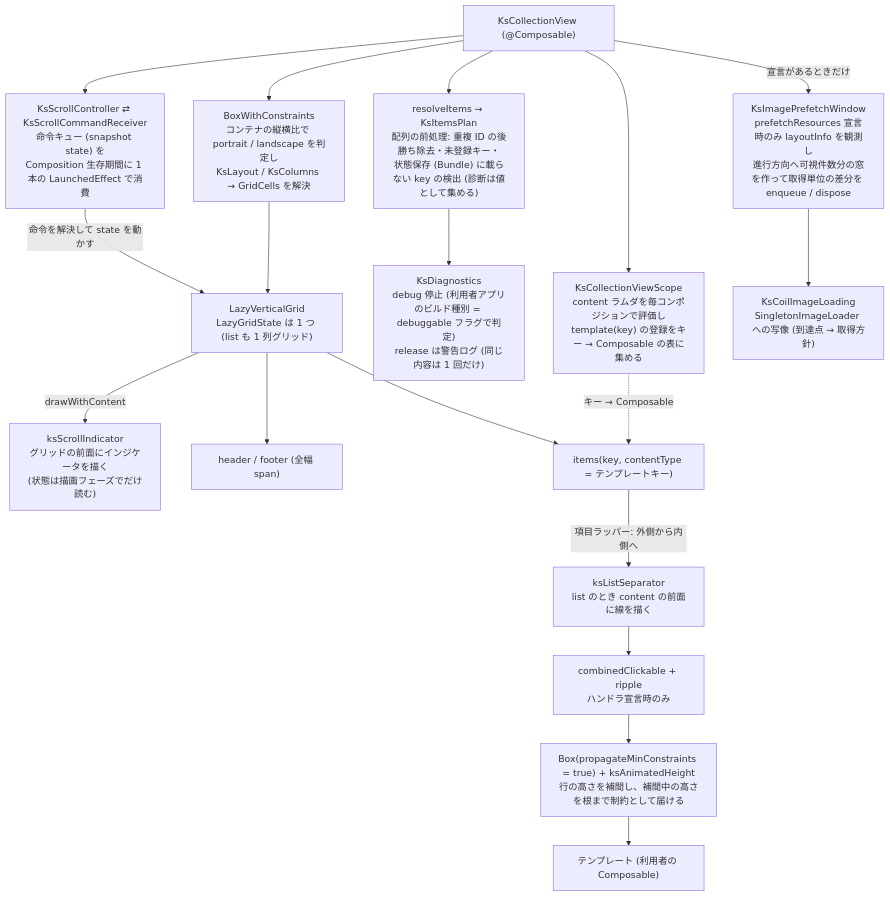
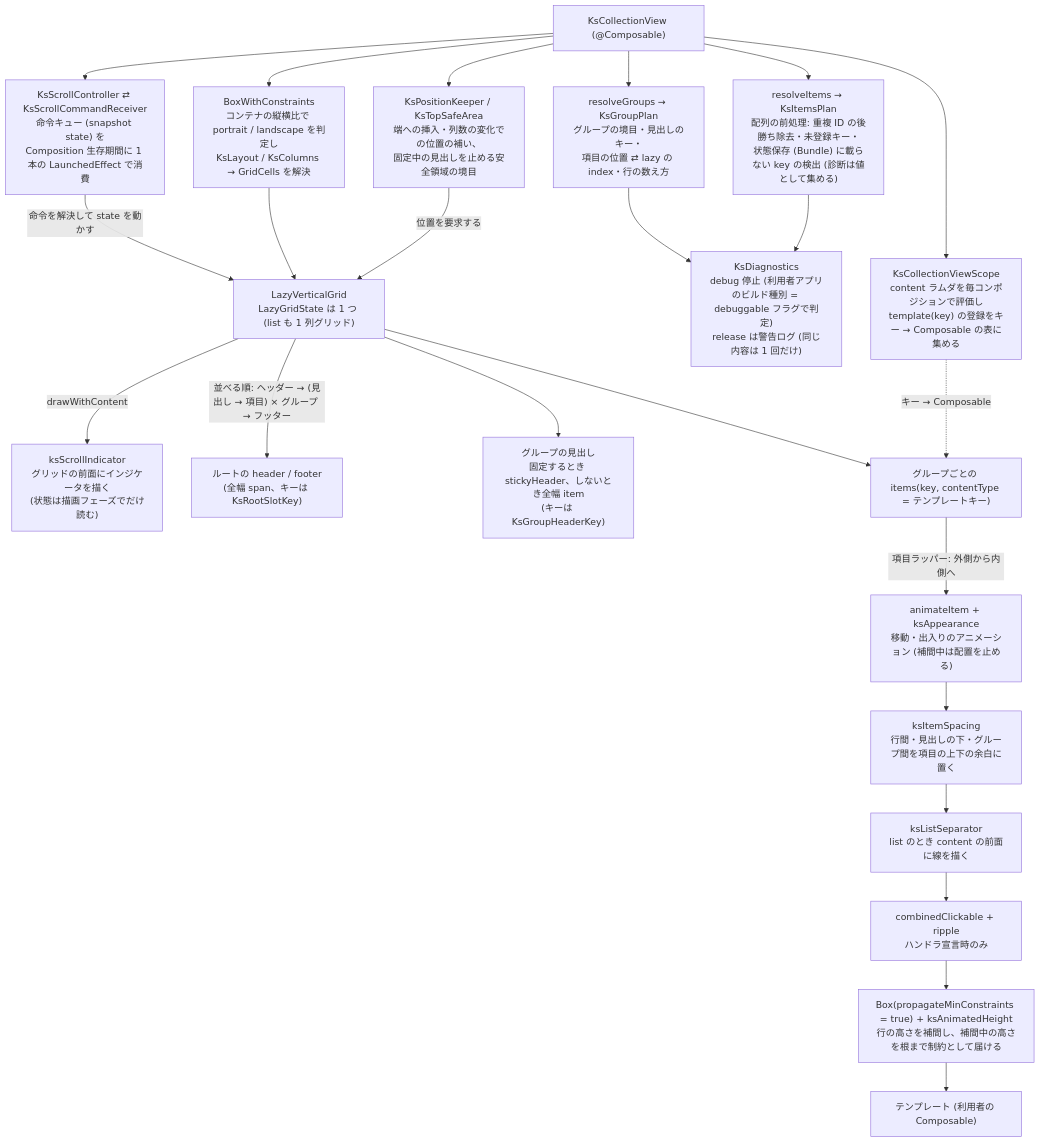
One commit to kamusoft/KsCollectionView changed the diagram in kasane/concepts/android/architecture/compose-wrapper.md. Above: the diagram before and after it, drawn with Mermaid. The commit also changed other lines of this file and 82 other files, not shown here.

````diff
--- a/kasane/concepts/android/architecture/compose-wrapper.md
+++ b/kasane/concepts/android/architecture/compose-wrapper.md
@@ -19,30 +19,35 @@
 ```mermaid
 flowchart TD
     KCV["KsCollectionView (@Composable)"]
     SCOPE["KsCollectionViewScope<br/>content ラムダを毎コンポジションで評価し<br/>template(key) の登録をキー → Composable の表に集める"]
     PLAN["resolveItems → KsItemsPlan<br/>配列の前処理: 重複 ID の後勝ち除去・未登録キー・<br/>状態保存 (Bundle) に載らない key の検出 (診断は値として集める)"]
+    GPLAN["resolveGroups → KsGroupPlan<br/>グループの境目・見出しのキー・<br/>項目の位置 ⇄ lazy の index・行の数え方"]
+    KEEP["KsPositionKeeper / KsTopSafeArea<br/>端への挿入・列数の変化での位置の補い、<br/>固定中の見出しを止める安全領域の境目"]
     DIAG["KsDiagnostics<br/>debug 停止 (利用者アプリのビルド種別 = debuggable フラグで判定)<br/>release は警告ログ (同じ内容は 1 回だけ)"]
     BWC["BoxWithConstraints<br/>コンテナの縦横比で portrait / landscape を判定し<br/>KsLayout / KsColumns → GridCells を解決"]
     CTRL["KsScrollController ⇄ KsScrollCommandReceiver<br/>命令キュー (snapshot state) を<br/>Composition 生存期間に 1 本の LaunchedEffect で消費"]
     GRID["LazyVerticalGrid<br/>LazyGridState は 1 つ (list も 1 列グリッド)"]
     IND["ksScrollIndicator<br/>グリッドの前面にインジケータを描く<br/>(状態は描画フェーズでだけ読む)"]
-    HF["header / footer (全幅 span)"]
-    ITEMS["items(key, contentType = テンプレートキー)"]
+    ROOT["ルートの header / footer<br/>(全幅 span、キーは KsRootSlotKey)"]
+    GHDR["グループの見出し<br/>固定するとき stickyHeader、しないとき全幅 item<br/>(キーは KsGroupHeaderKey)"]
+    ITEMS["グループごとの items(key, contentType = テンプレートキー)"]
+    ANIM["animateItem + ksAppearance<br/>移動・出入りのアニメーション (補間中は配置を止める)"]
+    SPACE["ksItemSpacing<br/>行間・見出しの下・グループ間を項目の上下の余白に置く"]
     SEP["ksListSeparator<br/>list のとき content の前面に線を描く"]
     TAP["combinedClickable + ripple<br/>ハンドラ宣言時のみ"]
     BOX["Box(propagateMinConstraints = true) + ksAnimatedHeight<br/>行の高さを補間し、補間中の高さを根まで制約として届ける"]
     TPL["テンプレート (利用者の Composable)"]
-    PREFETCH["KsImagePrefetchWindow<br/>prefetchResources 宣言時のみ layoutInfo を観測し<br/>進行方向へ可視件数分の窓を作って取得単位の差分を enqueue / dispose"]
-    COIL["KsCoilImageLoading<br/>SingletonImageLoader への写像 (到達点 → 取得方針)"]
 
     KCV --> SCOPE
-    KCV -- 宣言があるときだけ --> PREFETCH --> COIL
     KCV --> PLAN --> DIAG
+    KCV --> GPLAN --> DIAG
+    KCV --> KEEP -- 位置を要求する --> GRID
     KCV --> BWC --> GRID
     KCV --> CTRL -- 命令を解決して state を動かす --> GRID
     SCOPE -. キー → Composable .-> ITEMS
     GRID -- drawWithContent --> IND
-    GRID --> HF
+    GRID -- "並べる順: ヘッダー → (見出し → 項目) × グループ → フッター" --> ROOT
+    GRID --> GHDR
     GRID --> ITEMS
-    ITEMS -- 項目ラッパー: 外側から内側へ --> SEP --> TAP --> BOX --> TPL
+    ITEMS -- 項目ラッパー: 外側から内側へ --> ANIM --> SPACE --> SEP --> TAP --> BOX --> TPL
 ```
````
